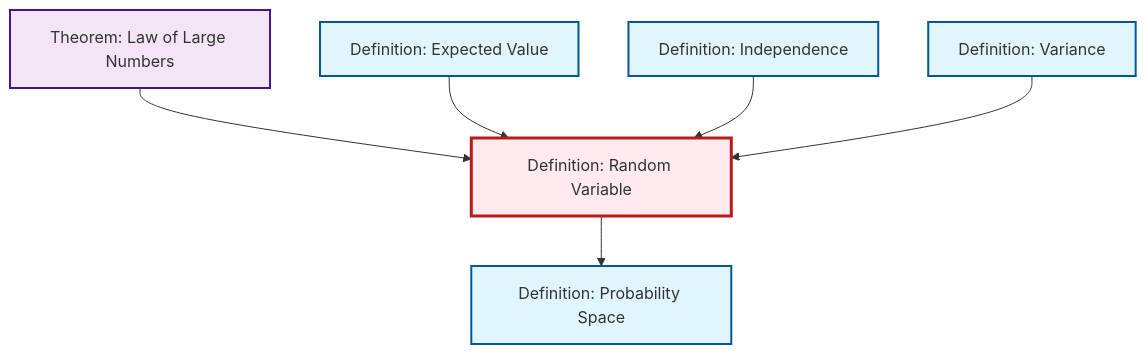
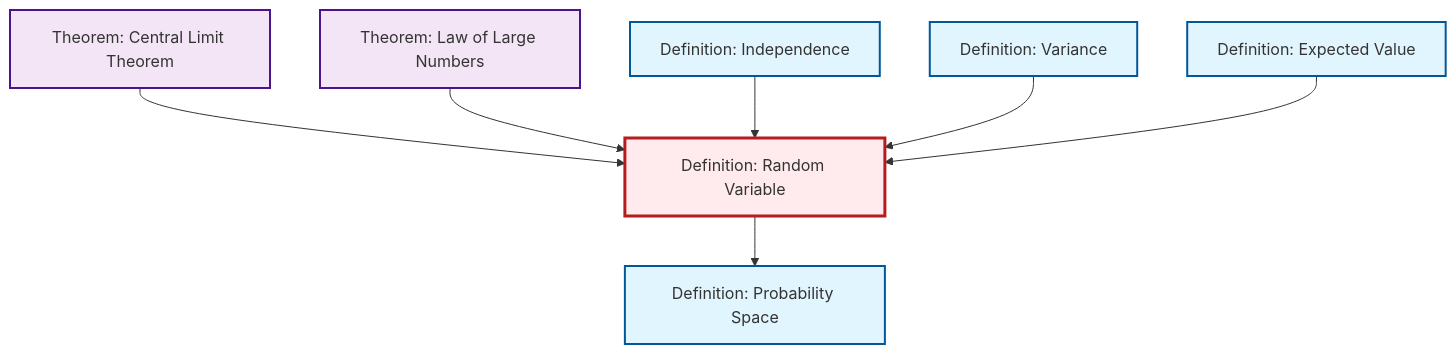
One commit to RK0429/ModernMath changed the diagram in output/mermaid/def-random-variable.mermaid. Above: the diagram before and after it, drawn with Mermaid. The commit also changed 491 other files, not shown here.

First line of the commit message:
feat: Add Central Limit Theorem article with comprehensive cross-references

```diff
--- a/output/mermaid/def-random-variable.mermaid
+++ b/output/mermaid/def-random-variable.mermaid
@@ -1,19 +1,21 @@
 %%| fig-cap: "Local dependency graph"
 graph TD
     classDef definition fill:#e1f5fe,stroke:#01579b,stroke-width:2px
     classDef theorem fill:#f3e5f5,stroke:#4a148c,stroke-width:2px
     classDef axiom fill:#fff3e0,stroke:#e65100,stroke-width:2px
     classDef example fill:#e8f5e9,stroke:#1b5e20,stroke-width:2px
     classDef current fill:#ffebee,stroke:#b71c1c,stroke-width:3px
+    def-expectation["Definition: Expected Value"]:::definition
+    thm-central-limit["Theorem: Central Limit Theorem"]:::theorem
+    def-random-variable["Definition: Random Variable"]:::definition
+    thm-law-of-large-numbers["Theorem: Law of Large Numbers"]:::theorem
     def-independence["Definition: Independence"]:::definition
     def-probability-space["Definition: Probability Space"]:::definition
-    def-random-variable["Definition: Random Variable"]:::definition
-    thm-law-of-large-numbers["Theorem: Law of Large Numbers"]:::theorem
     def-variance["Definition: Variance"]:::definition
-    def-expectation["Definition: Expected Value"]:::definition
+    thm-central-limit --> def-random-variable
     thm-law-of-large-numbers --> def-random-variable
-    def-random-variable --> def-probability-space
-    def-expectation --> def-random-variable
     def-independence --> def-random-variable
     def-variance --> def-random-variable
+    def-expectation --> def-random-variable
+    def-random-variable --> def-probability-space
     class def-random-variable current
```
